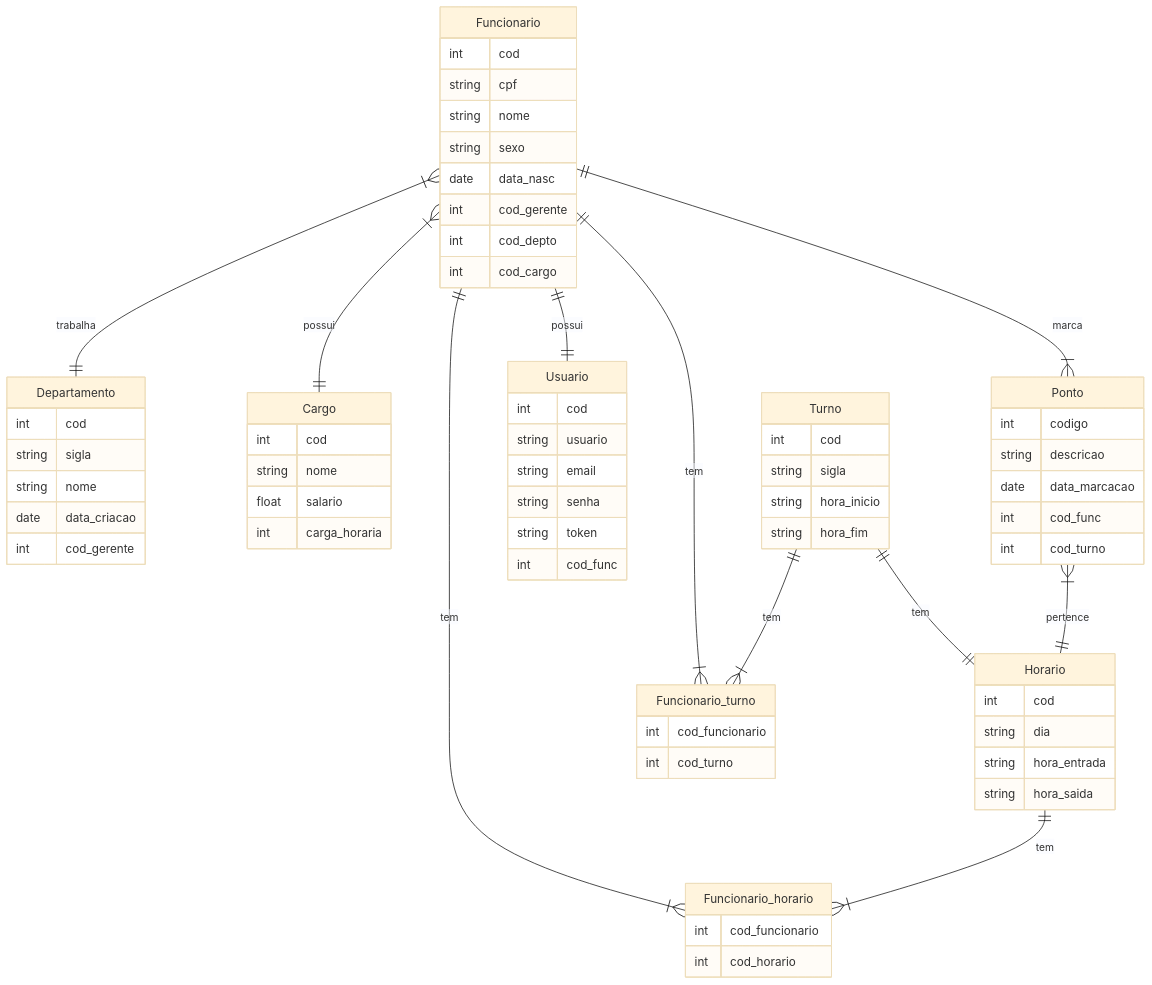
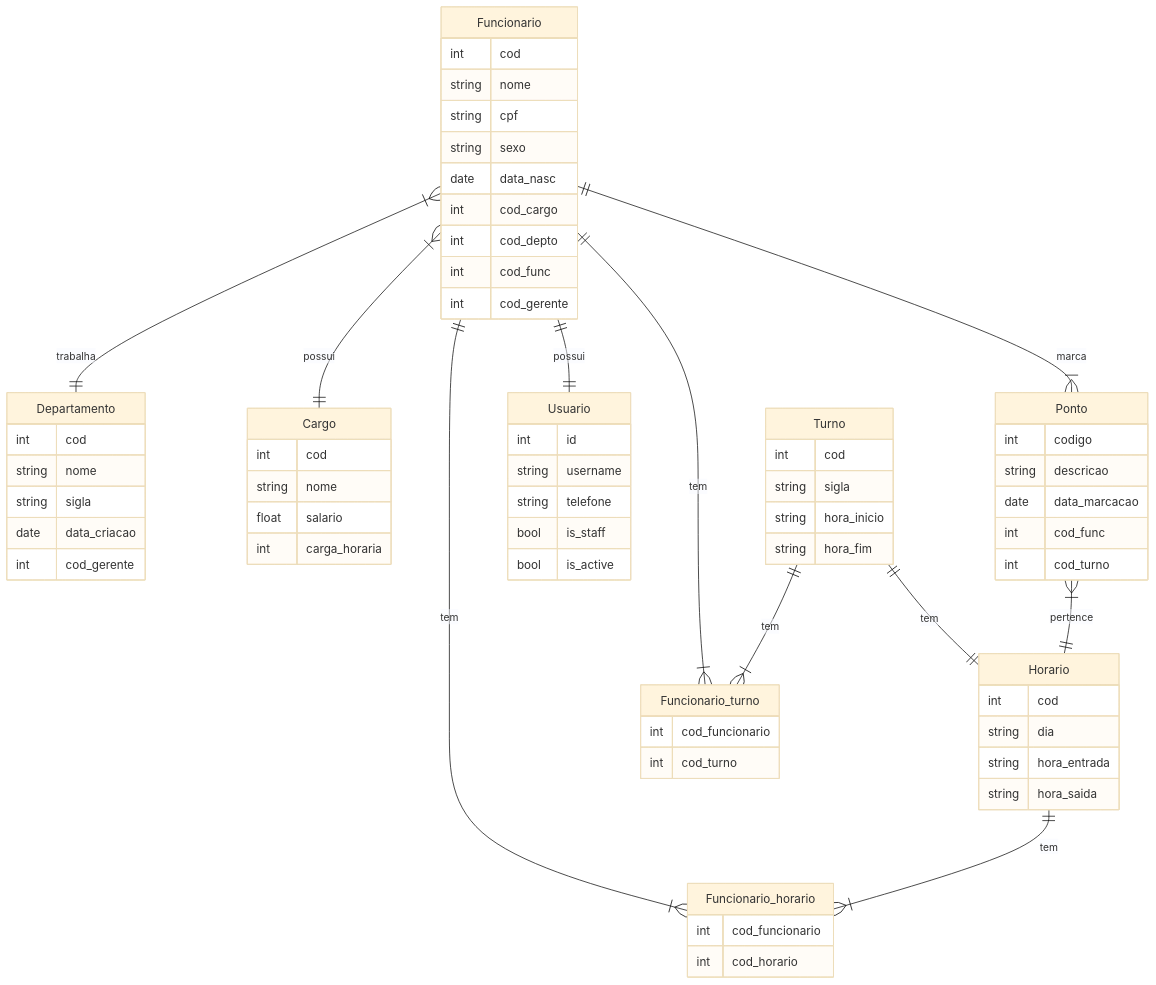
One commit to Brunowcst/sistemadecontroledepontos changed the diagram in docs/documento_modelos.md. Above: the diagram before and after it, drawn with Mermaid (base theme).

````diff
--- a/docs/documento_modelos.md
+++ b/docs/documento_modelos.md
@@ -32,72 +32,72 @@
 ```mermaid
 erDiagram
     Funcionario }|--|| Departamento : trabalha
     Funcionario }|--|| Cargo : possui
     Funcionario ||--|{ Ponto: marca
     Funcionario ||--|{ Funcionario_horario: tem
     Horario ||--|{ Funcionario_horario: tem
     Funcionario ||--|{ Funcionario_turno: tem
     Funcionario ||--|| Usuario: possui
     Turno ||--|| Horario: tem
     Turno ||--|{ Funcionario_turno: tem
     Ponto }|--|| Horario : pertence
     
     Funcionario {
         int cod
+        string nome
         string cpf
-        string nome
         string sexo
         date data_nasc
+        int cod_cargo     
+        int cod_depto 
+        int cod_func
         int cod_gerente
-        int cod_depto 
-        int cod_cargo     
     }
     Departamento {
         int cod
+        string nome
         string sigla
-        string nome
         date data_criacao
         int cod_gerente
     }
     Ponto {
         int codigo
         string descricao
         date data_marcacao
         int cod_func
         int cod_turno
     }
     Cargo {
         int cod
         string nome
         float salario
         int carga_horaria
     }
     Turno {
         int cod
         string sigla
         string hora_inicio
         string hora_fim
     }
     Funcionario_turno {
         int cod_funcionario
         int cod_turno
     }
     Horario{
         int cod
         string dia
         string hora_entrada
         string hora_saida
     }
     Funcionario_horario {
         int cod_funcionario
         int cod_horario
     }
     Usuario{
-        int cod
-        string usuario
-        string email
-        string senha
-        string token
-        int cod_func
+        int id
+        string username
+        string telefone
+        bool is_staff
+        bool is_active
     }
 ```
````
